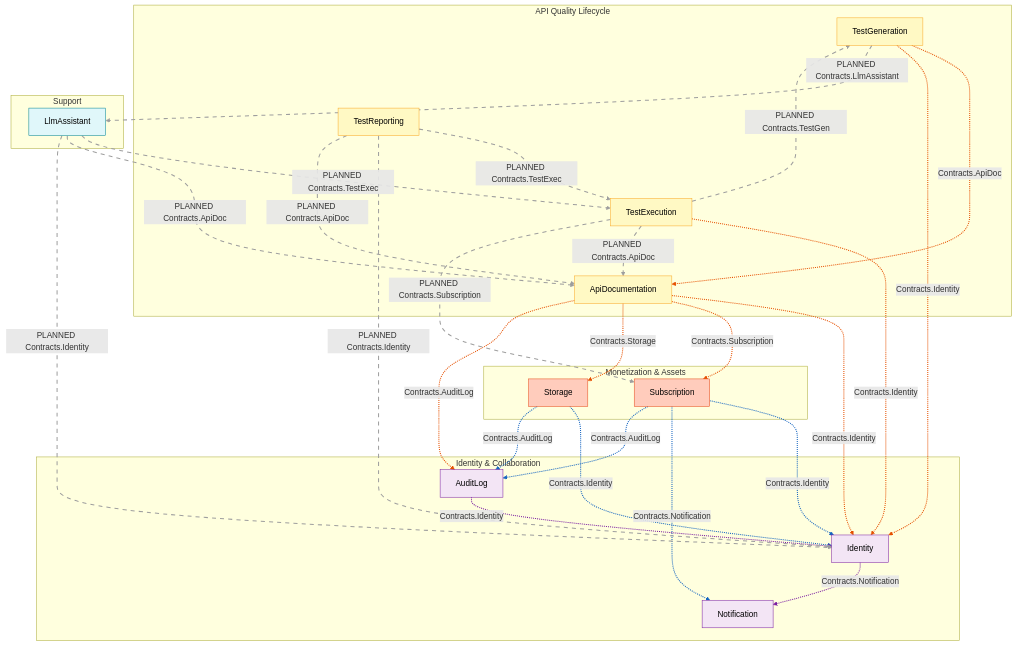
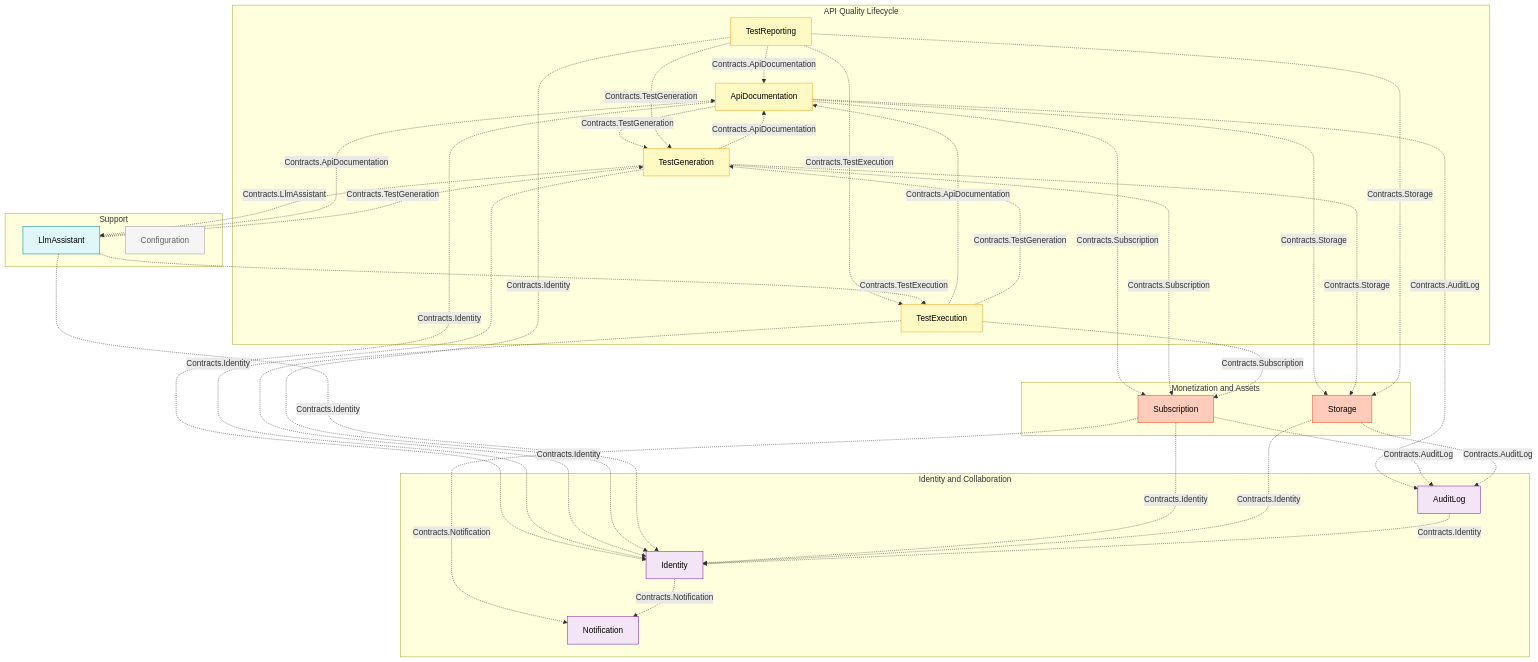
One commit to tinse-22/GSP26SE43.ModularMonolith changed the fifth of 5 diagrams in docs/architecture/UML_PACKAGE_DIAGRAM_SOURCE.md. Above: the diagram before and after it, drawn with Mermaid. The commit also changed other lines of this file and 1 other file, not shown here.

Commit message:
docs: redraw package diagrams in Mermaid

````diff
--- a/docs/architecture/UML_PACKAGE_DIAGRAM_SOURCE.md
+++ b/docs/architecture/UML_PACKAGE_DIAGRAM_SOURCE.md
@@ -500,82 +366,75 @@
 ```mermaid
 flowchart TB
-    subgraph BC_API["API Quality Lifecycle"]
+    subgraph APIQuality["API Quality Lifecycle"]
         ApiDoc["ApiDocumentation"]
         TestGen["TestGeneration"]
         TestExec["TestExecution"]
         TestRep["TestReporting"]
     end
 
-    subgraph BC_ID["Identity & Collaboration"]
-        Identity
-        AuditLog
-        Notification
+    subgraph IdentityCollab["Identity and Collaboration"]
+        Identity["Identity"]
+        AuditLog["AuditLog"]
+        Notification["Notification"]
     end
 
-    subgraph BC_MON["Monetization & Assets"]
-        Subscription
-        Storage
+    subgraph MonetizationAssets["Monetization and Assets"]
+        Subscription["Subscription"]
+        Storage["Storage"]
     end
 
-    subgraph BC_SUP["Support"]
-        LlmAssistant
+    subgraph Support["Support"]
+        LlmAssistant["LlmAssistant"]
+        Configuration["Configuration"]
     end
 
-    %% ===== IMPLEMENTED cross-context via Contracts =====
-
-    %% API Quality to other contexts
     ApiDoc -.->|Contracts.Identity| Identity
     ApiDoc -.->|Contracts.Subscription| Subscription
     ApiDoc -.->|Contracts.Storage| Storage
     ApiDoc -.->|Contracts.AuditLog| AuditLog
+    ApiDoc -.->|Contracts.TestGeneration| TestGen
 
-    TestGen -.->|Contracts.ApiDoc| ApiDoc
+    TestGen -.->|Contracts.ApiDocumentation| ApiDoc
     TestGen -.->|Contracts.Identity| Identity
+    TestGen -.->|Contracts.Subscription| Subscription
+    TestGen -.->|Contracts.Storage| Storage
+    TestGen -.->|Contracts.LlmAssistant| LlmAssistant
 
+    TestExec -.->|Contracts.ApiDocumentation| ApiDoc
     TestExec -.->|Contracts.Identity| Identity
+    TestExec -.->|Contracts.Subscription| Subscription
+    TestExec -.->|Contracts.TestGeneration| TestGen
 
-    %% Monetization to other contexts
+    TestRep -.->|Contracts.ApiDocumentation| ApiDoc
+    TestRep -.->|Contracts.Identity| Identity
+    TestRep -.->|Contracts.Storage| Storage
+    TestRep -.->|Contracts.TestExecution| TestExec
+    TestRep -.->|Contracts.TestGeneration| TestGen
+
+    LlmAssistant -.->|Contracts.ApiDocumentation| ApiDoc
+    LlmAssistant -.->|Contracts.Identity| Identity
+    LlmAssistant -.->|Contracts.TestExecution| TestExec
+    LlmAssistant -.->|Contracts.TestGeneration| TestGen
+
     Subscription -.->|Contracts.Identity| Identity
     Subscription -.->|Contracts.Notification| Notification
     Subscription -.->|Contracts.AuditLog| AuditLog
 
     Storage -.->|Contracts.Identity| Identity
     Storage -.->|Contracts.AuditLog| AuditLog
 
-    %% Identity & Collaboration internal
     Identity -.->|Contracts.Notification| Notification
     AuditLog -.->|Contracts.Identity| Identity
-
-    %% ===== PLANNED cross-context via Contracts =====
-
-    TestExec -.->|PLANNED Contracts.TestGen| TestGen
-    TestExec -.->|PLANNED Contracts.ApiDoc| ApiDoc
-    TestRep -.->|PLANNED Contracts.TestExec| TestExec
-    TestRep -.->|PLANNED Contracts.Identity| Identity
-    LlmAssistant -.->|PLANNED Contracts.TestExec| TestExec
-    LlmAssistant -.->|PLANNED Contracts.ApiDoc| ApiDoc
-    LlmAssistant -.->|PLANNED Contracts.Identity| Identity
-    TestGen -.->|PLANNED Contracts.LlmAssistant| LlmAssistant
-    TestExec -.->|PLANNED Contracts.Subscription| Subscription
-    TestRep -.->|PLANNED Contracts.ApiDoc| ApiDoc
-
-    %% Edge coloring: implemented = context color, planned = grey
-    %% API Quality edges (0-6): orange
-    linkStyle 0,1,2,3,4,5,6 stroke:#E65100,stroke-width:2px
-    %% Monetization edges (7-11): blue
-    linkStyle 7,8,9,10,11 stroke:#1565C0,stroke-width:2px
-    %% Identity/Collab internal edges (12-13): purple
-    linkStyle 12,13 stroke:#7B1FA2,stroke-width:2px
-    %% Planned edges (14-23): grey dashed
-    linkStyle 14,15,16,17,18,19,20,21,22,23 stroke:#9E9E9E,stroke-width:2px,stroke-dasharray:8
 
     classDef api fill:#FFF9C4,stroke:#F9A825,color:#000
     classDef id fill:#F3E5F5,stroke:#7B1FA2,color:#000
     classDef mon fill:#FFCCBC,stroke:#E64A19,color:#000
     classDef sup fill:#E0F7FA,stroke:#00838F,color:#000
+    classDef isolated fill:#F5F5F5,stroke:#9E9E9E,color:#616161
 
     class ApiDoc,TestGen,TestExec,TestRep api
     class Identity,AuditLog,Notification id
     class Subscription,Storage mon
     class LlmAssistant sup
+    class Configuration isolated
 ```
````
